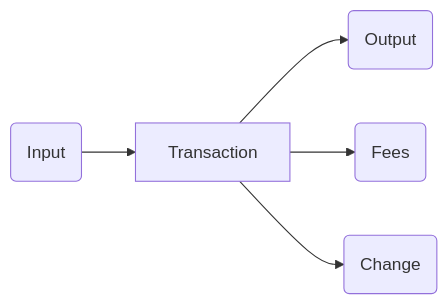
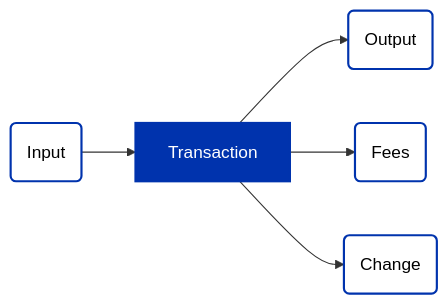
Before and after one commit to cardano-foundation/developer-portal: the first of 2 diagrams in docs/smart-contracts/advanced/design-patterns/utxo-indexers.md, drawn with Mermaid. The commit also changed other lines of this file and 14 other files, not shown here.

Commit message:
cardano unified color scheme for mermaid diagrams

````diff
--- a/docs/smart-contracts/advanced/design-patterns/utxo-indexers.md
+++ b/docs/smart-contracts/advanced/design-patterns/utxo-indexers.md
@@ -133,12 +133,17 @@
 ```mermaid
 graph LR
     TX[Transaction]
     I1(Input)
     O1(Output)
     O2(Fees)
     O3(Change)
     I1 --> TX
     TX --> O1
     TX --> O2
     TX --> O3
+
+    classDef emphasized fill:#0033AD,stroke:#0033AD,stroke-width:2px,color:#FFFFFF
+    classDef regular fill:#FFFFFF,stroke:#0033AD,stroke-width:2px,color:#000000
+    class TX emphasized
+    class I1,O1,O2,O3 regular
 ```
````
